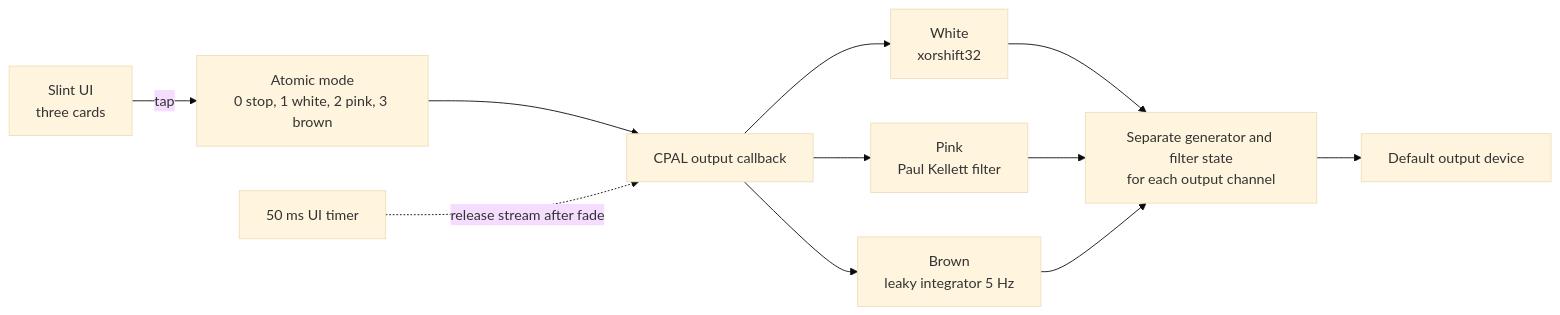
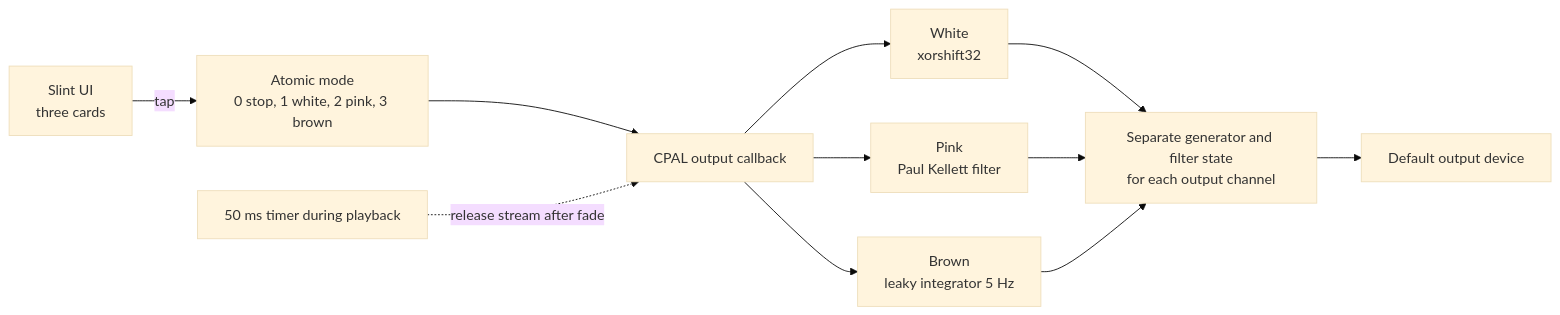
Before and after one commit to fimln/fi-focus: the diagram in README.md, drawn with Mermaid (base theme). The commit also changed 8 other files, not shown here.

````diff
--- a/README.md
+++ b/README.md
@@ -31,13 +31,13 @@
 ```mermaid
 flowchart LR
     UI[Slint UI<br/>three cards] -->|tap| ST[Atomic mode<br/>0 stop, 1 white, 2 pink, 3 brown]
     ST --> CB[CPAL output callback]
     CB --> W[White<br/>xorshift32]
     CB --> P[Pink<br/>Paul Kellett filter]
     CB --> B[Brown<br/>leaky integrator 5 Hz]
     W --> M[Separate generator and filter state<br/>for each output channel]
     P --> M
     B --> M
     M --> OUT[Default output device]
-    T[50 ms UI timer] -.->|release stream after fade| CB
+    T[50 ms timer during playback] -.->|release stream after fade| CB
 ```
````
